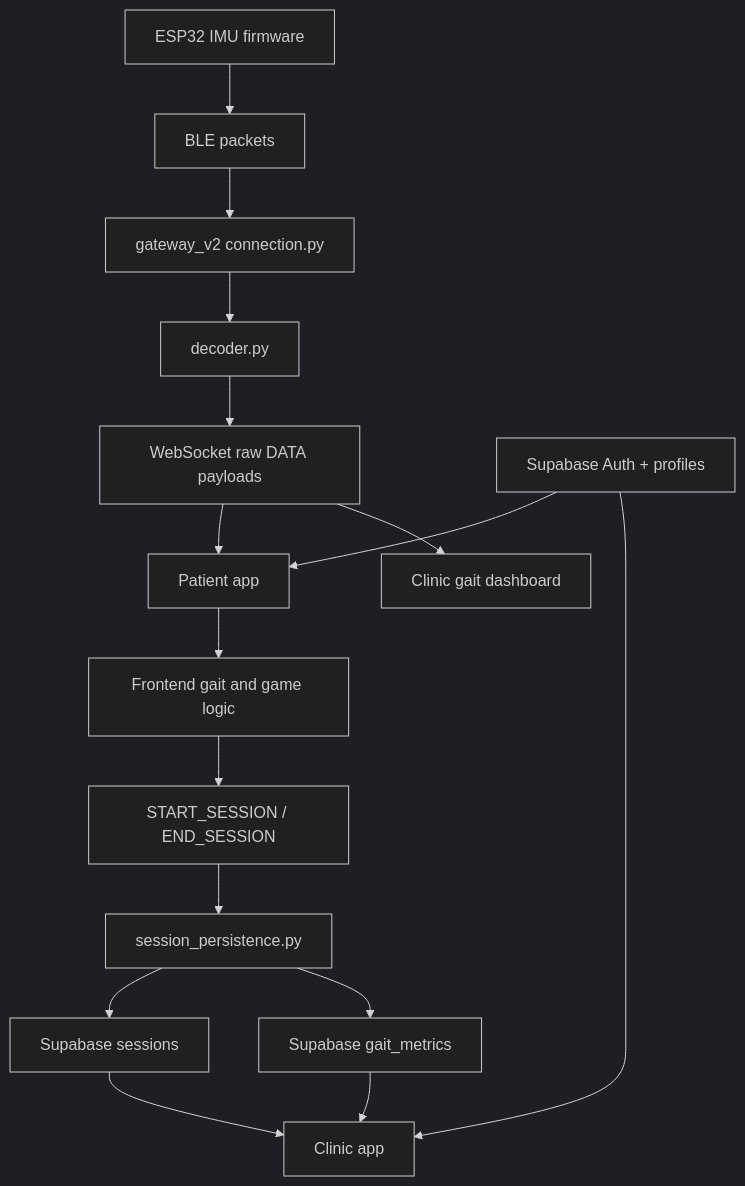
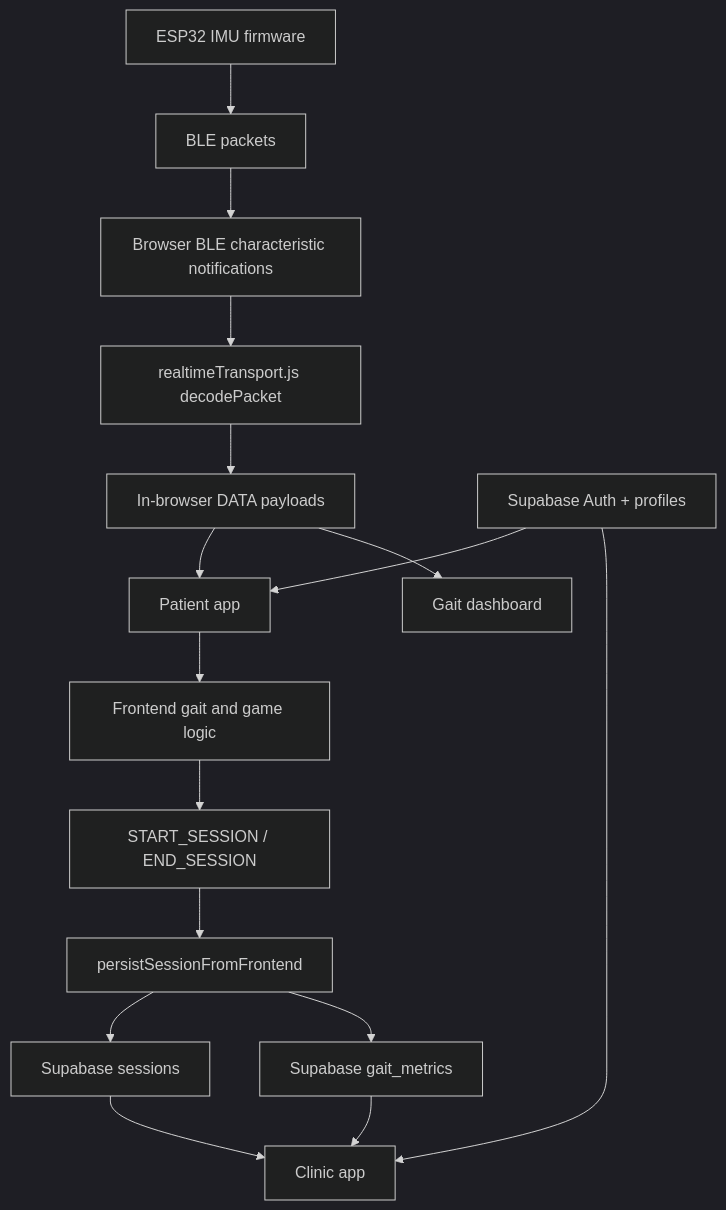
One commit to Nontakorn-dev/DernDee changed the diagram in docs/system-overview.md. Above: the diagram before and after it, drawn with Mermaid (dark theme). The commit also changed other lines of this file and 24 other files, not shown here.

Commit message:
refactor: remove Python gateway and switch realtime transport to Browser BLE

````diff
--- a/docs/system-overview.md
+++ b/docs/system-overview.md
@@ -120,21 +119,21 @@
 ```mermaid
 flowchart TD
     A[ESP32 IMU firmware] --> B[BLE packets]
-    B --> C[gateway_v2 connection.py]
-  C --> D[decoder.py]
-  D --> I[WebSocket raw DATA payloads]
+    B --> C[Browser BLE characteristic notifications]
+    C --> D[realtimeTransport.js decodePacket]
+    D --> E[In-browser DATA payloads]
 
-    I --> J[Patient app]
-    I --> K[Clinic gait dashboard]
+    E --> F[Patient app]
+    E --> G[Gait dashboard]
 
-  J --> J2[Frontend gait and game logic]
-  J2 --> L[START_SESSION / END_SESSION]
-    L --> M[session_persistence.py]
-    M --> N[Supabase sessions]
-    M --> O[Supabase gait_metrics]
+    F --> H[Frontend gait and game logic]
+    H --> I[START_SESSION / END_SESSION]
+    I --> J[persistSessionFromFrontend]
+    J --> K[Supabase sessions]
+    J --> L[Supabase gait_metrics]
 
-    P[Supabase Auth + profiles] --> J
-    P --> Q[Clinic app]
-    N --> Q
-    O --> Q
+    M[Supabase Auth + profiles] --> F
+    M --> N[Clinic app]
+    K --> N
+    L --> N
 ```
````
